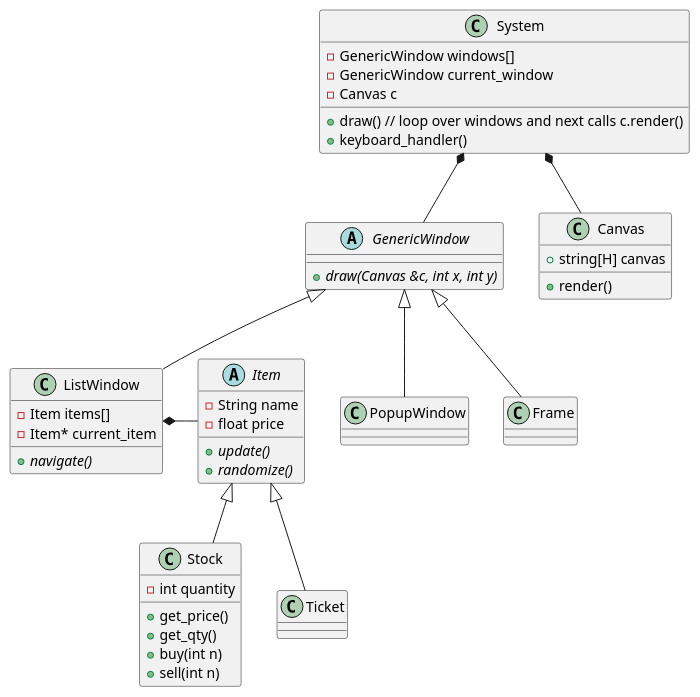
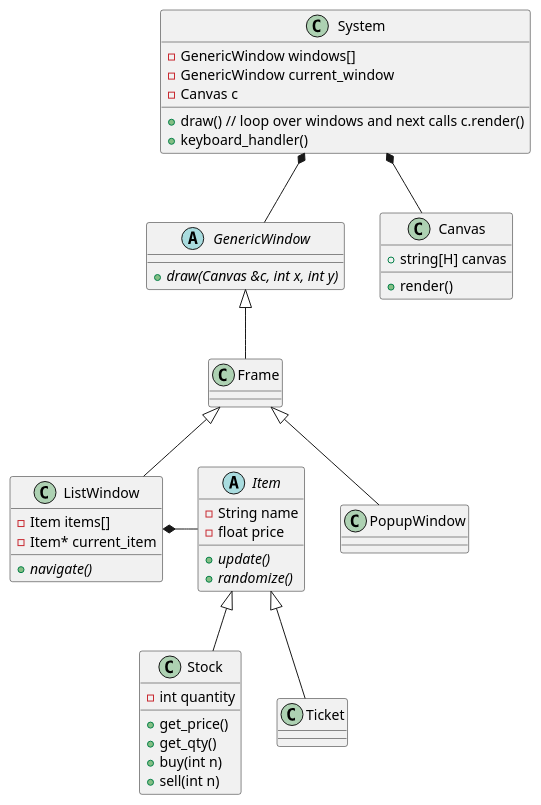
One commit to plpabla/dealg changed the diagram in doc/high_level.puml. Above: the diagram before and after it, drawn with PlantUML. The commit also changed 1 other file, not shown here.

Commit message:
Refactored Frame::draw()

```diff
--- a/doc/high_level.puml
+++ b/doc/high_level.puml
@@ -1,62 +1,62 @@
 @startuml
 class System
 {
     - GenericWindow windows[]
     - GenericWindow current_window
     - Canvas c
     + draw() // loop over windows and next calls c.render()
     + keyboard_handler()
 }
 
 
 abstract GenericWindow
 {
     + {abstract} draw(Canvas &c, int x, int y)
 }
 
 class Canvas
 {
     + render()
     + string[H] canvas
 }
 
 System *-- Canvas
 System *-- GenericWindow
 
 
 class PopupWindow
 class Frame
 class ListWindow
 {
     - Item items[]
     - Item* current_item
     + {abstract} navigate()
 }
-GenericWindow <|-- ListWindow
-GenericWindow <|-- PopupWindow
+Frame <|-- ListWindow
+Frame <|-- PopupWindow
 GenericWindow <|-- Frame
 
 abstract Item
 {
     - String name
     - float price
     + {abstract} update()
     + {abstract} randomize()
 }
 class Stock
 {
     - int quantity
     + get_price()
     + get_qty()
     + buy(int n)
     + sell(int n)
 }
 class Ticket
 {
     
 }
 Item <|-- Stock
 Item <|-- Ticket
 
 ListWindow *- Item
 @enduml
```
